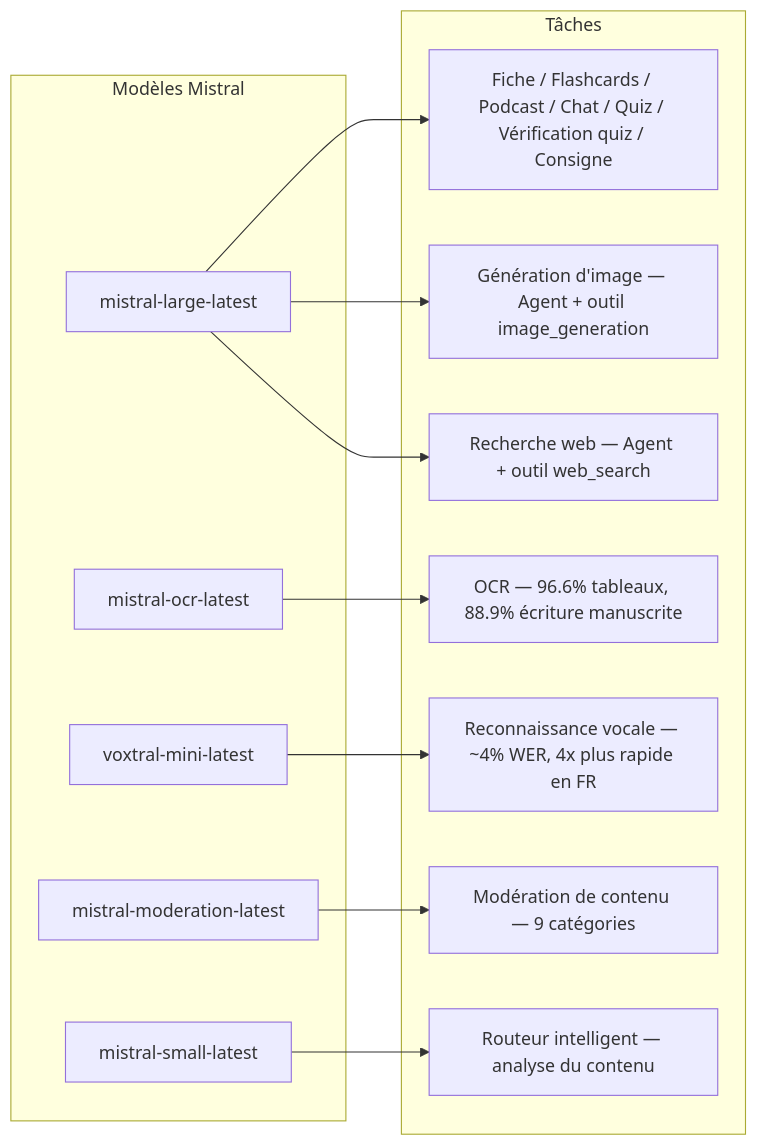
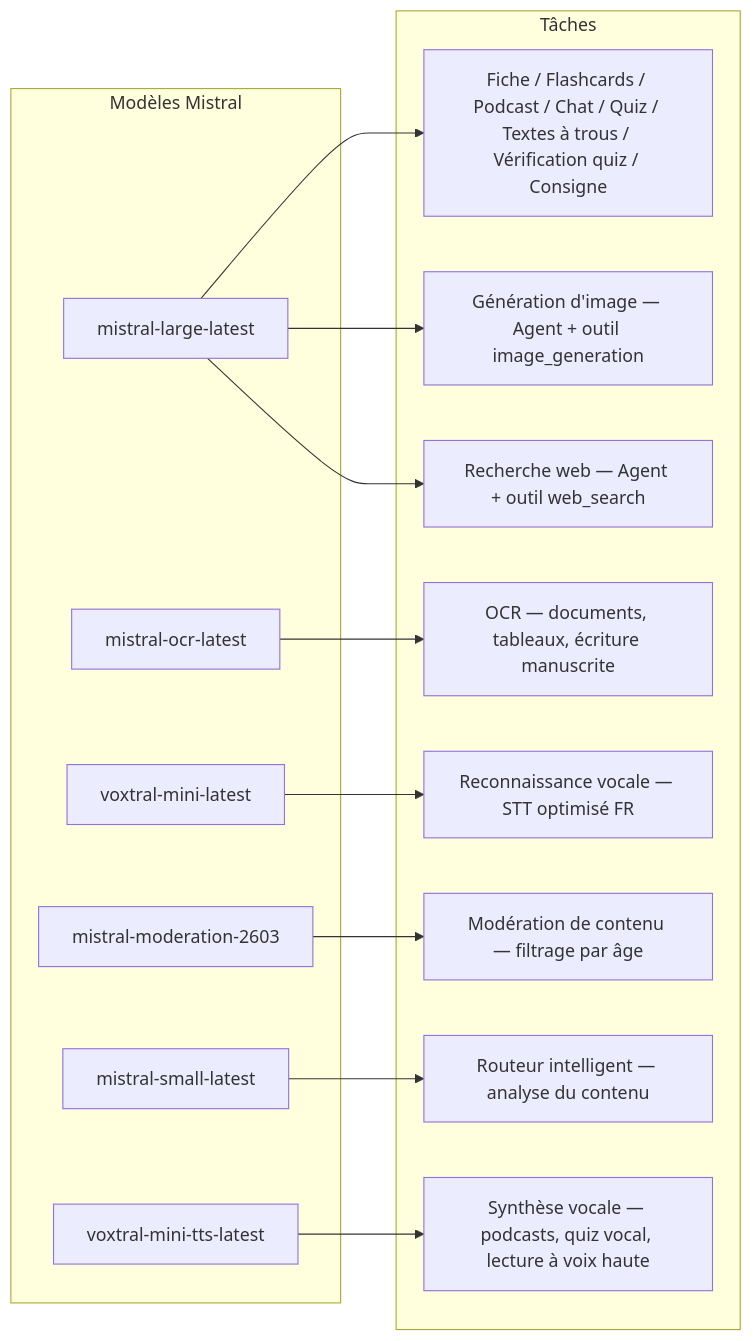
One commit to jls42/EurekAI changed the second of 3 diagrams in README-ar.md. Above: the diagram before and after it, drawn with Mermaid. The commit also changed other lines of this file and 52 other files, not shown here.

````diff
--- a/README-ar.md
+++ b/README-ar.md
@@ -102,28 +117,31 @@
 ```mermaid
 flowchart LR
     subgraph "Modèles Mistral"
         ML["mistral-large-latest"]
         MO["mistral-ocr-latest"]
         MV["voxtral-mini-latest"]
-        MMod["mistral-moderation-latest"]
+        MMod["mistral-moderation-2603"]
         MS["mistral-small-latest"]
+        MTTS["voxtral-mini-tts-latest"]
     end
 
     subgraph "Tâches"
-        T1["Fiche / Flashcards / Podcast / Chat / Quiz / Vérification quiz / Consigne"]
-        T2["OCR — 96.6% tableaux, 88.9% écriture manuscrite"]
-        T3["Reconnaissance vocale — ~4% WER, 4x plus rapide en FR"]
-        T4["Modération de contenu — 9 catégories"]
+        T1["Fiche / Flashcards / Podcast / Chat / Quiz / Textes à trous / Vérification quiz / Consigne"]
+        T2["OCR — documents, tableaux, écriture manuscrite"]
+        T3["Reconnaissance vocale — STT optimisé FR"]
+        T4["Modération de contenu — filtrage par âge"]
         T5["Routeur intelligent — analyse du contenu"]
         T6["Génération d'image — Agent + outil image_generation"]
         T7["Recherche web — Agent + outil web_search"]
+        T8["Synthèse vocale — podcasts, quiz vocal, lecture à voix haute"]
     end
 
     ML --> T1
     MO --> T2
     MV --> T3
     MMod --> T4
     MS --> T5
     ML --> T6
     ML --> T7
+    MTTS --> T8
 ```
````
